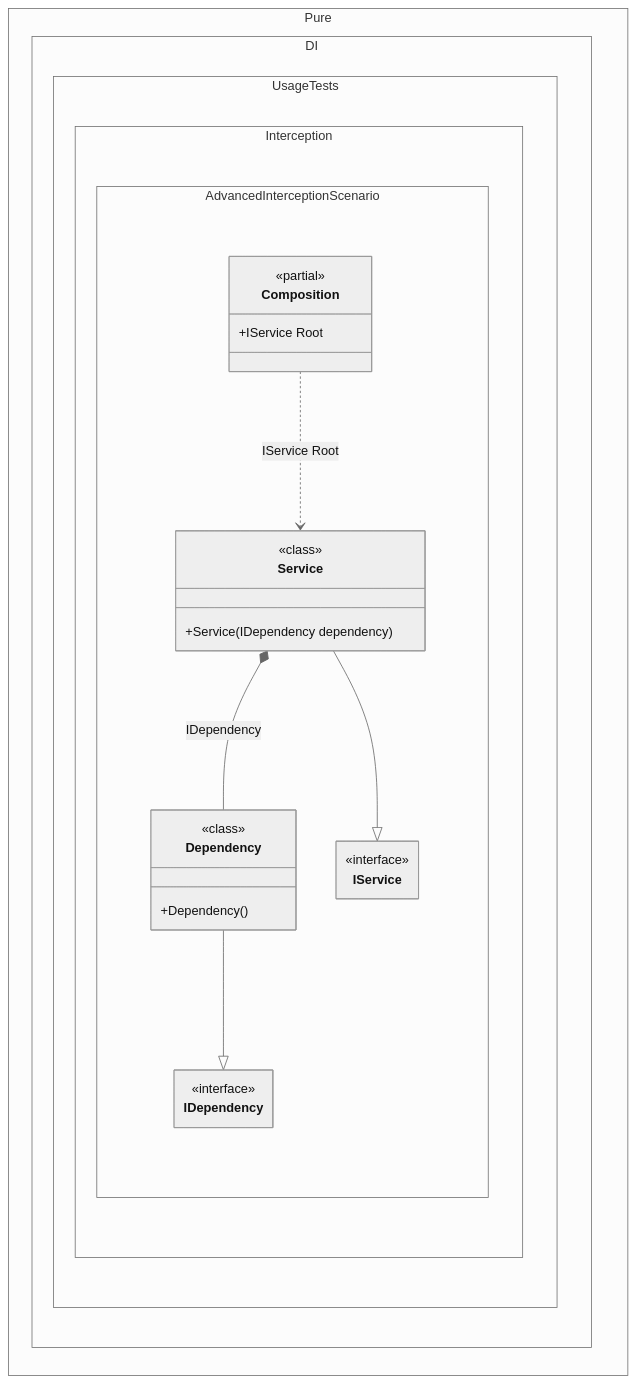
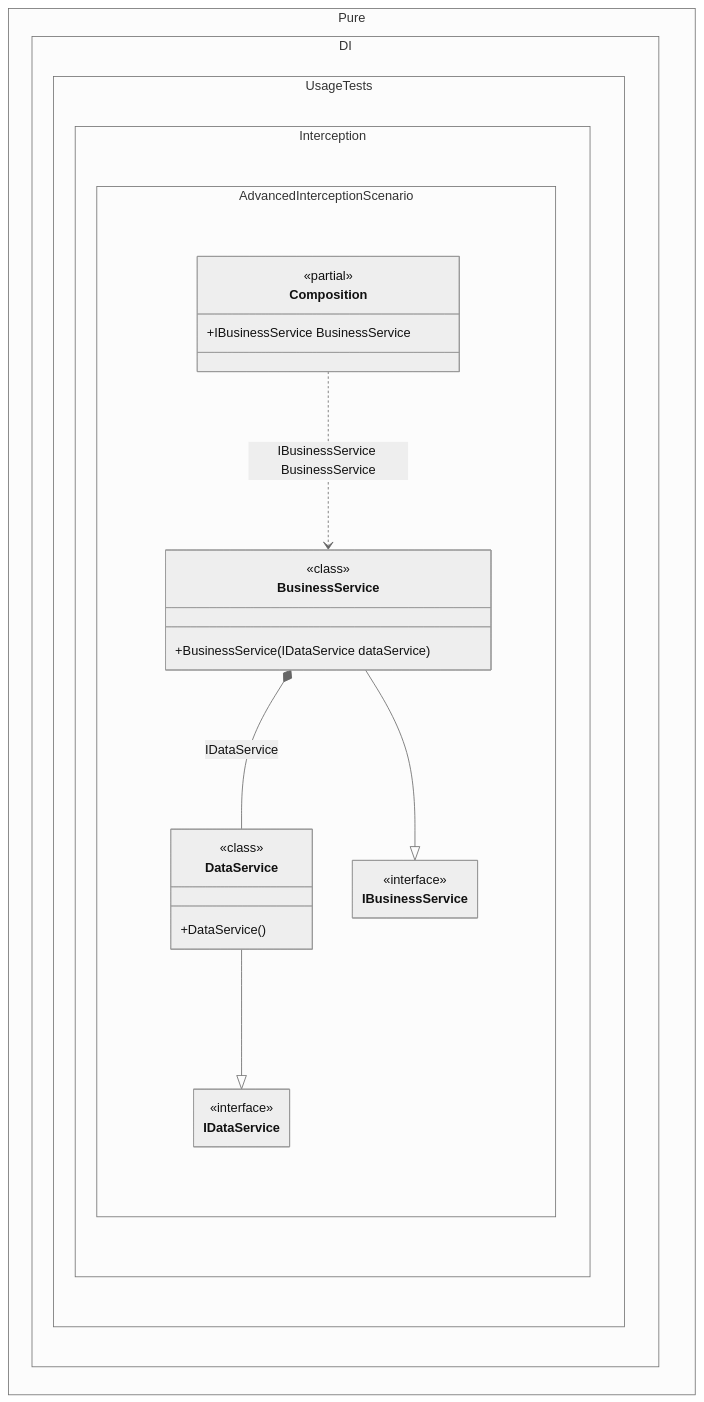
Before and after one commit to DevTeam/Pure.DI: the diagram in readme/advanced-interception.md, drawn with Mermaid (neutral theme). The commit also changed other lines of this file and 126 other files, not shown here.

````diff
--- a/readme/advanced-interception.md
+++ b/readme/advanced-interception.md
@@ -179,34 +181,34 @@
 ```mermaid
 ---
  config:
   maxTextSize: 2147483647
   maxEdges: 2147483647
   class:
    hideEmptyMembersBox: true
 ---
 classDiagram
-	Dependency --|> IDependency
-	Service --|> IService
-	Composition ..> Service : IService Root
-	Service *--  Dependency : IDependency
+	DataService --|> IDataService
+	BusinessService --|> IBusinessService
+	Composition ..> BusinessService : IBusinessService BusinessService
+	BusinessService *--  DataService : IDataService
 	namespace Pure.DI.UsageTests.Interception.AdvancedInterceptionScenario {
+		class BusinessService {
+				<<class>>
+			+BusinessService(IDataService dataService)
+		}
 		class Composition {
 		<<partial>>
-		+IService Root
+		+IBusinessService BusinessService
 		}
-		class Dependency {
+		class DataService {
 				<<class>>
-			+Dependency()
+			+DataService()
 		}
-		class IDependency {
+		class IBusinessService {
 			<<interface>>
 		}
-		class IService {
+		class IDataService {
 			<<interface>>
-		}
-		class Service {
-				<<class>>
-			+Service(IDependency dependency)
 		}
 	}
 ```
````
